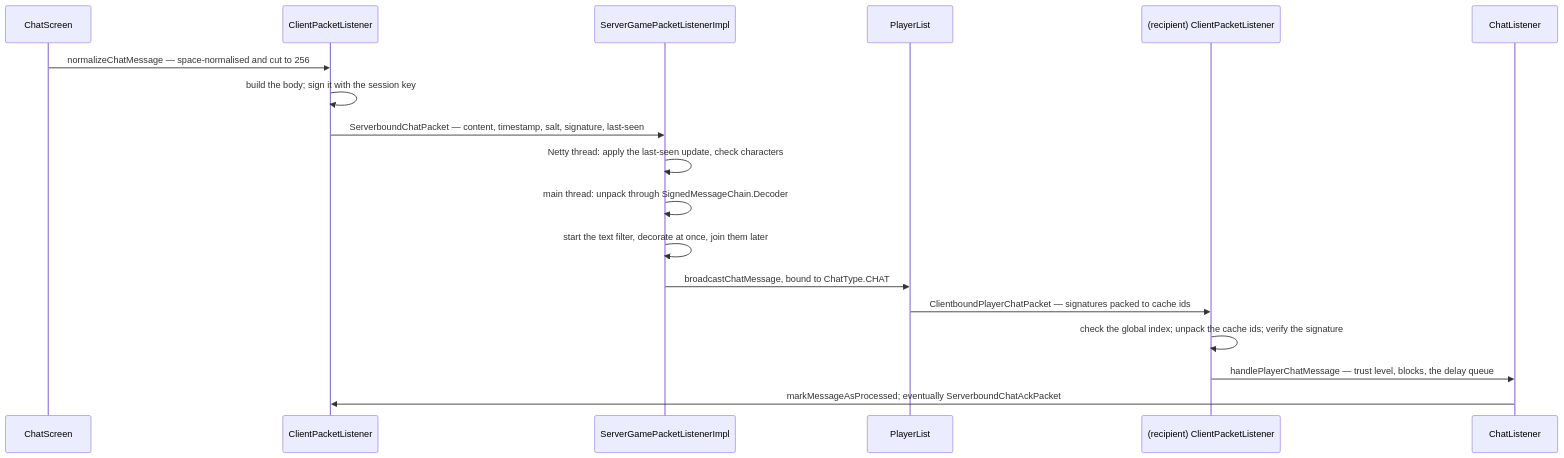
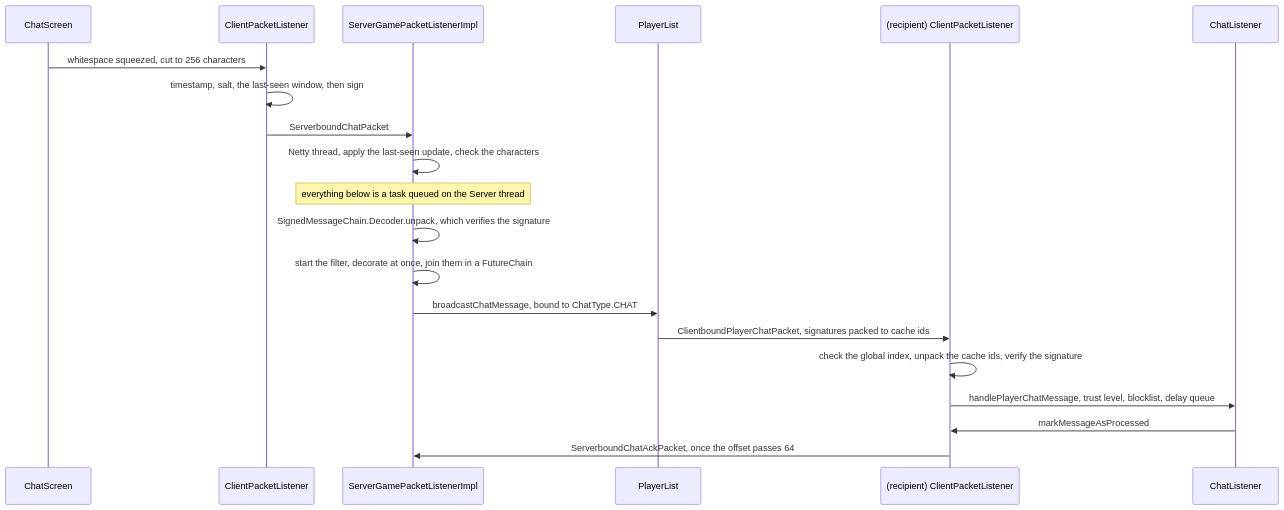
The first of 2 diagrams in src/systems/networking/chat-and-signing.md (AlexanderjFraser/MinecraftDocs), drawn with Mermaid before and after one commit. The commit also changed other lines of this file and 9 other files, not shown here.

````diff
--- a/src/systems/networking/chat-and-signing.md
+++ b/src/systems/networking/chat-and-signing.md
@@ -139,21 +49,23 @@
 ```mermaid
 sequenceDiagram
-    participant CS as ChatScreen
+    participant CScr as ChatScreen
     participant CPL as ClientPacketListener
     participant SGPL as ServerGamePacketListenerImpl
-    participant PLL as PlayerList
+    participant PL as PlayerList
     participant RCPL as (recipient) ClientPacketListener
-    participant CLIS as ChatListener
+    participant CLis as ChatListener
 
-    CS->>CPL: normalizeChatMessage — space-normalised and cut to 256
-    CPL->>CPL: build the body#59; sign it with the session key
-    CPL->>SGPL: ServerboundChatPacket — content, timestamp, salt, signature, last-seen
-    SGPL->>SGPL: Netty thread: apply the last-seen update, check characters
-    SGPL->>SGPL: main thread: unpack through SignedMessageChain.Decoder
-    SGPL->>SGPL: start the text filter, decorate at once, join them later
-    SGPL->>PLL: broadcastChatMessage, bound to ChatType.CHAT
-    PLL->>RCPL: ClientboundPlayerChatPacket — signatures packed to cache ids
-    RCPL->>RCPL: check the global index#59; unpack the cache ids#59; verify the signature
-    RCPL->>CLIS: handlePlayerChatMessage — trust level, blocks, the delay queue
-    CLIS->>CPL: markMessageAsProcessed#59; eventually ServerboundChatAckPacket
+    CScr->>CPL: whitespace squeezed, cut to 256 characters
+    CPL->>CPL: timestamp, salt, the last-seen window, then sign
+    CPL->>SGPL: ServerboundChatPacket
+    SGPL->>SGPL: Netty thread, apply the last-seen update, check the characters
+    Note over SGPL: everything below is a task queued on the Server thread
+    SGPL->>SGPL: SignedMessageChain.Decoder.unpack, which verifies the signature
+    SGPL->>SGPL: start the filter, decorate at once, join them in a FutureChain
+    SGPL->>PL: broadcastChatMessage, bound to ChatType.CHAT
+    PL->>RCPL: ClientboundPlayerChatPacket, signatures packed to cache ids
+    RCPL->>RCPL: check the global index, unpack the cache ids, verify the signature
+    RCPL->>CLis: handlePlayerChatMessage, trust level, blocklist, delay queue
+    CLis->>RCPL: markMessageAsProcessed
+    RCPL->>SGPL: ServerboundChatAckPacket, once the offset passes 64
 ```
````
